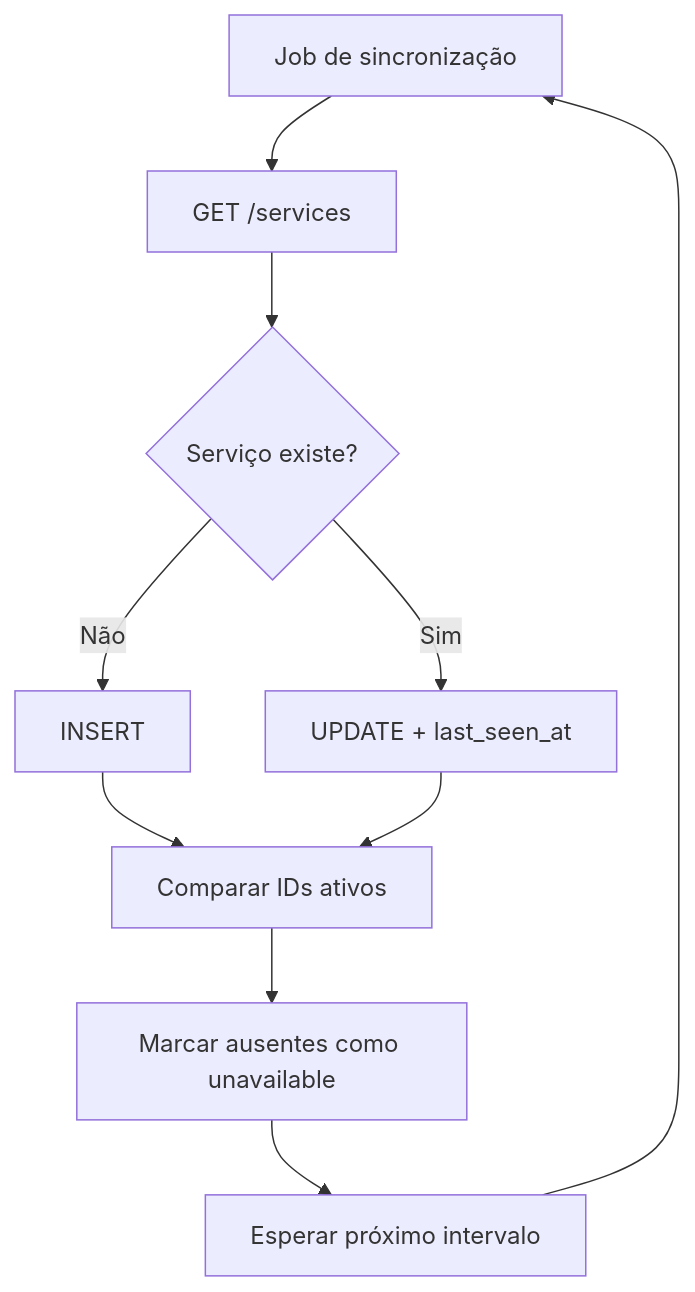
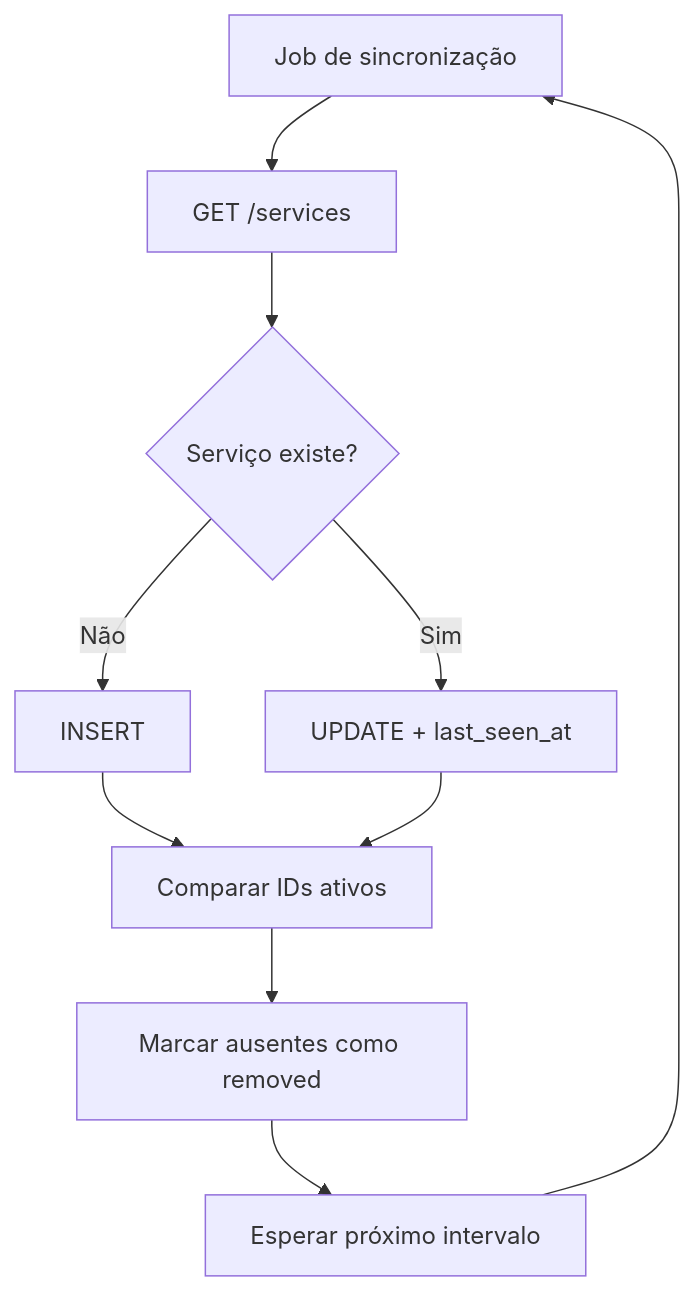
Before and after one commit to let-zapplin/GreenER: the third of 3 diagrams in docs/arquitetura.md, drawn with Mermaid. The commit also changed other lines of this file and 17 other files, not shown here.

````diff
--- a/docs/arquitetura.md
+++ b/docs/arquitetura.md
@@ -149,15 +149,15 @@
 ```mermaid
 flowchart TD
     J[Job de sincronização] --> D[GET /services]
     D --> E{Serviço existe?}
 
     E -->|Não| I[INSERT]
     E -->|Sim| U[UPDATE + last_seen_at]
 
     I --> A[Comparar IDs ativos]
     U --> A
 
-    A --> X[Marcar ausentes como unavailable]
+    A --> X[Marcar ausentes como removed]
     X --> W[Esperar próximo intervalo]
     W --> J
 ```
````
